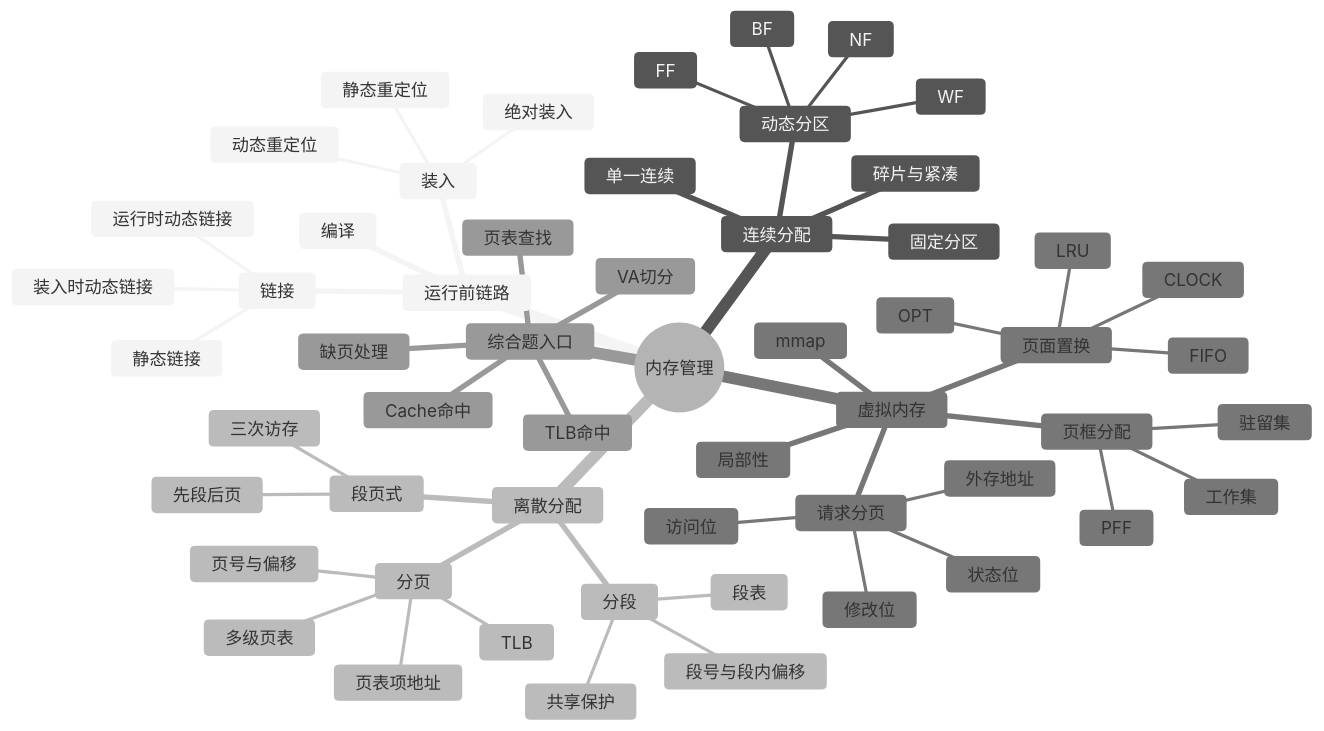
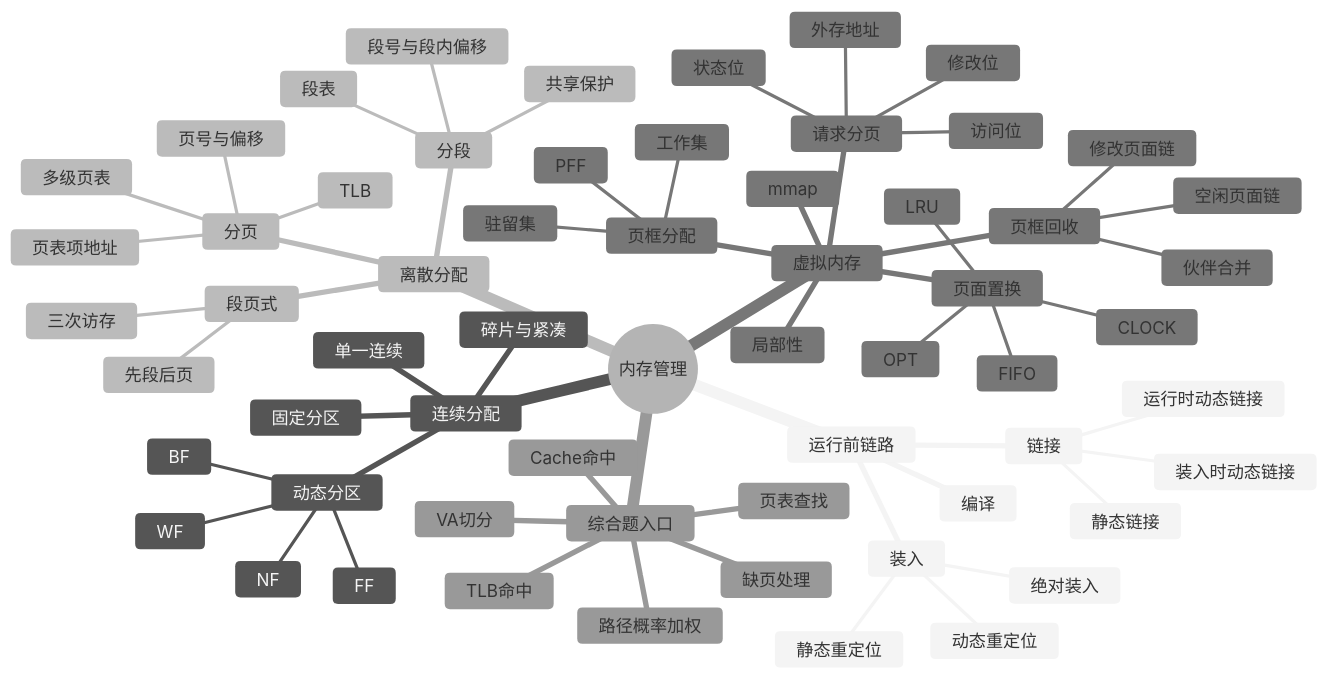
One commit to Cthaat/Obsidian changed the first of 2 diagrams in 408/408考研笔记/操作系统/03-内存管理.md. Above: the diagram before and after it, drawn with Mermaid (neutral theme). The commit also changed other lines of this file and 3 other files, not shown here.

````diff
--- a/408/408考研笔记/操作系统/03-内存管理.md
+++ b/408/408考研笔记/操作系统/03-内存管理.md
@@ -31,59 +32,64 @@
 ```mermaid
 mindmap
   root((内存管理))
     运行前链路
       编译
       链接
         静态链接
         装入时动态链接
         运行时动态链接
       装入
         绝对装入
         静态重定位
         动态重定位
     连续分配
       单一连续
       固定分区
       动态分区
         FF
         NF
         BF
         WF
       碎片与紧凑
     离散分配
       分页
         页号与偏移
         页表项地址
         TLB
         多级页表
       分段
         段号与段内偏移
         段表
         共享保护
       段页式
         先段后页
         三次访存
     虚拟内存
       局部性
       请求分页
         状态位
         访问位
         修改位
         外存地址
       页面置换
         OPT
         FIFO
         LRU
         CLOCK
       页框分配
         驻留集
         工作集
         PFF
+      页框回收
+        空闲页面链
+        修改页面链
+        伙伴合并
       mmap
     综合题入口
       VA切分
       TLB命中
       页表查找
       缺页处理
       Cache命中
+      路径概率加权
 ```
````
